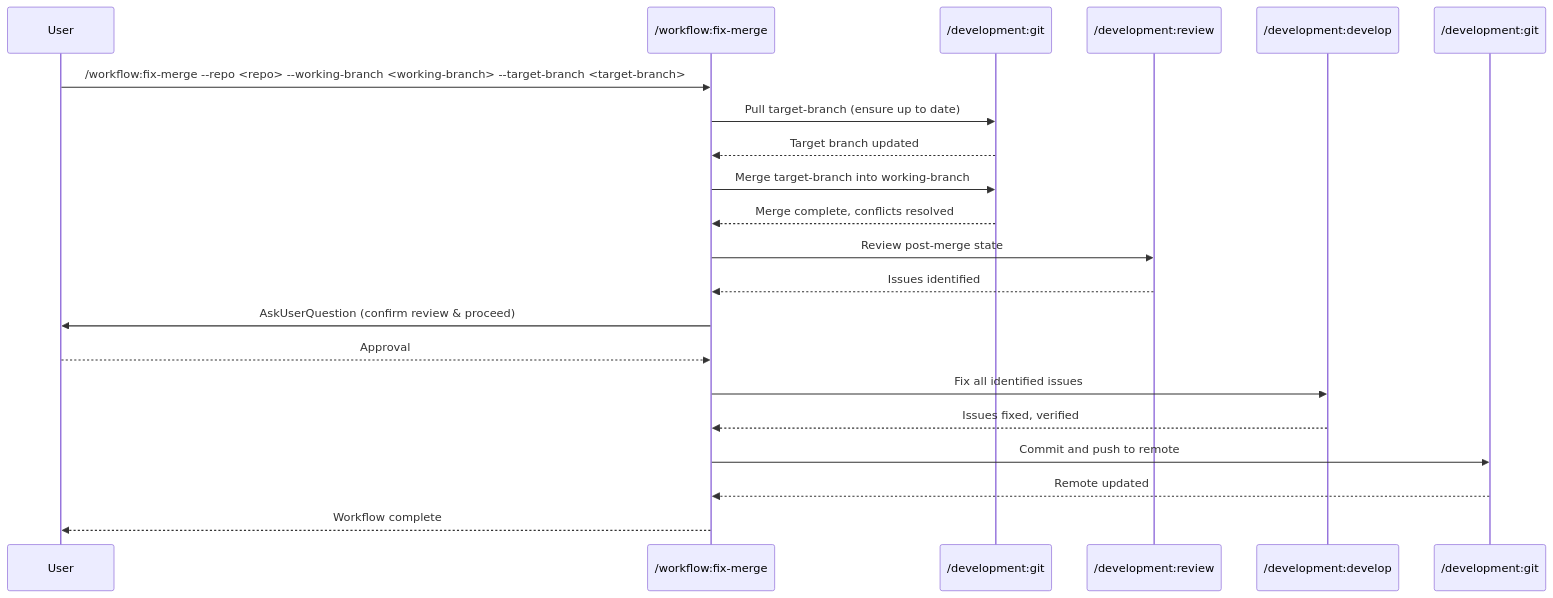
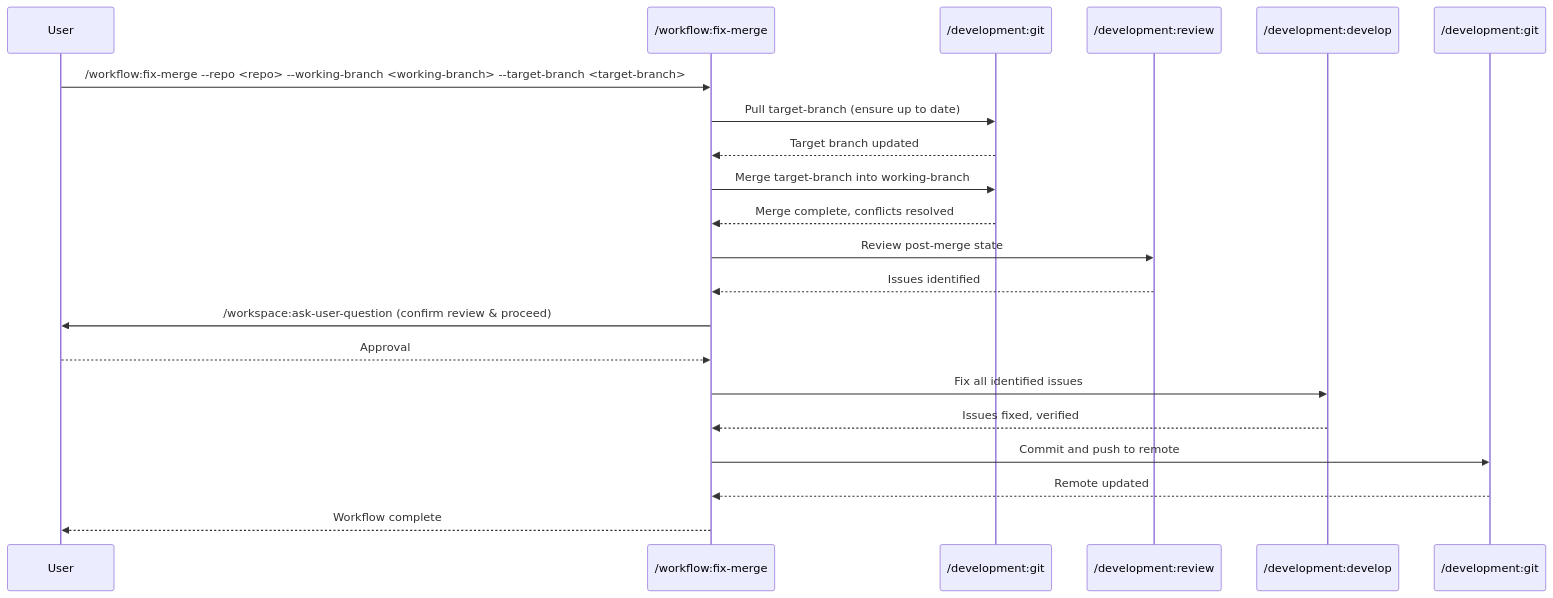
The diagram in .claude/commands/workflow/fix-merge.md (zzaia/zzaia-agentic-workspace), drawn with Mermaid before and after one commit. The commit also changed other lines of this file and 6 other files, not shown here.

Commit message:
Change the use of AskUserQuestion to new command;

````diff
--- a/.claude/commands/workflow/fix-merge.md
+++ b/.claude/commands/workflow/fix-merge.md
@@ -66,24 +66,24 @@
 ```mermaid
 sequenceDiagram
     participant U as User
     participant W as /workflow:fix-merge
     participant C1 as /development:git
     participant C2 as /development:review
     participant C3 as /development:develop
     participant C4 as /development:git
 
     U->>W: /workflow:fix-merge --repo <repo> --working-branch <working-branch> --target-branch <target-branch>
     W->>C1: Pull target-branch (ensure up to date)
     C1-->>W: Target branch updated
     W->>C1: Merge target-branch into working-branch
     C1-->>W: Merge complete, conflicts resolved
     W->>C2: Review post-merge state
     C2-->>W: Issues identified
-    W->>U: AskUserQuestion (confirm review & proceed)
+    W->>U: /workspace:ask-user-question (confirm review & proceed)
     U-->>W: Approval
     W->>C3: Fix all identified issues
     C3-->>W: Issues fixed, verified
     W->>C4: Commit and push to remote
     C4-->>W: Remote updated
     W-->>U: Workflow complete
 ```
````
